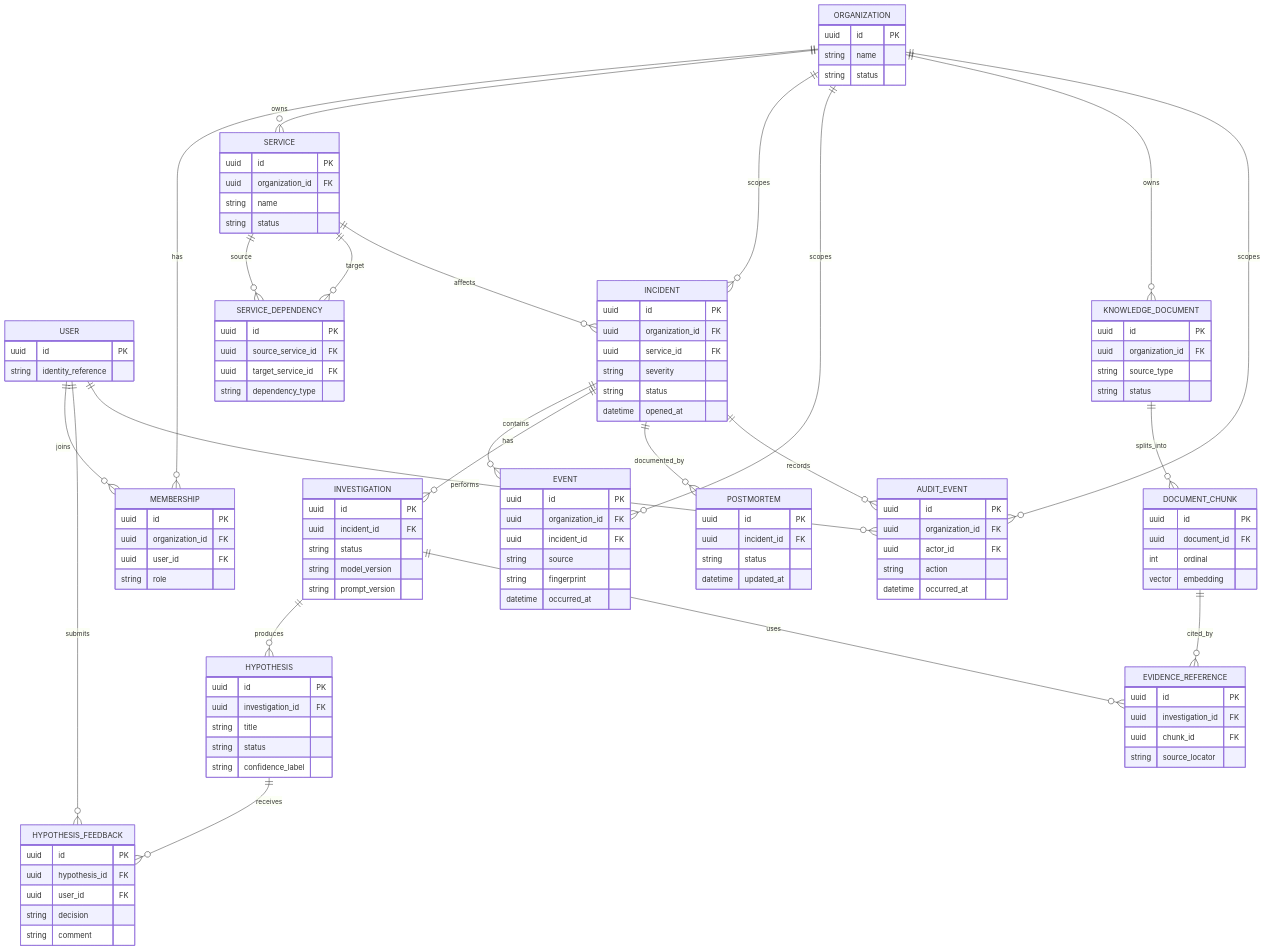
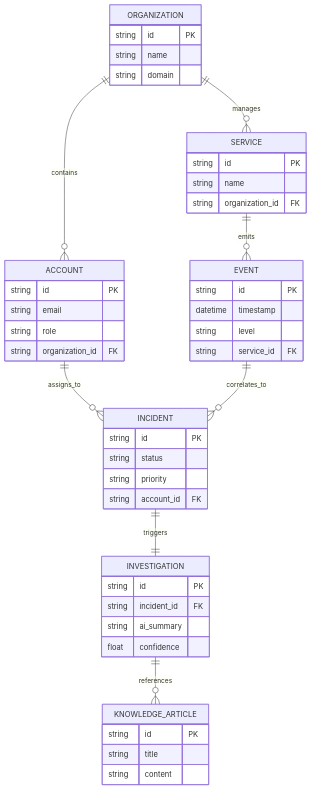
Before and after one commit to mburu1/OpsPilot-AI: the diagram in docs/database/erd.md, drawn with Mermaid. The commit also changed other lines of this file and 8 other files, not shown here.

Commit message:
docs: generate comprehensive mermaid diagrams for architecture, ooad, uml, database and ai

````diff
--- a/docs/database/erd.md
+++ b/docs/database/erd.md
@@ -7,120 +5,50 @@
 ```mermaid
 erDiagram
-    ORGANIZATION ||--o{ MEMBERSHIP : has
-    USER ||--o{ MEMBERSHIP : joins
-    ORGANIZATION ||--o{ SERVICE : owns
-    SERVICE ||--o{ SERVICE_DEPENDENCY : source
-    SERVICE ||--o{ SERVICE_DEPENDENCY : target
-    ORGANIZATION ||--o{ INCIDENT : scopes
-    SERVICE ||--o{ INCIDENT : affects
-    INCIDENT ||--o{ EVENT : contains
-    ORGANIZATION ||--o{ EVENT : scopes
-    INCIDENT ||--o{ INVESTIGATION : has
-    INVESTIGATION ||--o{ HYPOTHESIS : produces
-    HYPOTHESIS ||--o{ HYPOTHESIS_FEEDBACK : receives
-    USER ||--o{ HYPOTHESIS_FEEDBACK : submits
-    ORGANIZATION ||--o{ KNOWLEDGE_DOCUMENT : owns
-    KNOWLEDGE_DOCUMENT ||--o{ DOCUMENT_CHUNK : splits_into
-    DOCUMENT_CHUNK ||--o{ EVIDENCE_REFERENCE : cited_by
-    INVESTIGATION ||--o{ EVIDENCE_REFERENCE : uses
-    INCIDENT ||--o{ POSTMORTEM : documented_by
-    INCIDENT ||--o{ AUDIT_EVENT : records
-    ORGANIZATION ||--o{ AUDIT_EVENT : scopes
-    USER ||--o{ AUDIT_EVENT : performs
-
+    ORGANIZATION ||--o{ ACCOUNT : contains
+    ORGANIZATION ||--o{ SERVICE : manages
+    ACCOUNT ||--o{ INCIDENT : assigns_to
+    SERVICE ||--o{ EVENT : emits
+    EVENT ||--o{ INCIDENT : correlates_to
+    INCIDENT ||--|| INVESTIGATION : triggers
+    INVESTIGATION ||--o{ KNOWLEDGE_ARTICLE : references
+    
     ORGANIZATION {
-        uuid id PK
+        string id PK
         string name
-        string status
+        string domain
     }
-    USER {
-        uuid id PK
-        string identity_reference
-    }
-    MEMBERSHIP {
-        uuid id PK
-        uuid organization_id FK
-        uuid user_id FK
+    ACCOUNT {
+        string id PK
+        string email
         string role
+        string organization_id FK
     }
     SERVICE {
-        uuid id PK
-        uuid organization_id FK
+        string id PK
         string name
-        string status
+        string organization_id FK
     }
-    SERVICE_DEPENDENCY {
-        uuid id PK
-        uuid source_service_id FK
-        uuid target_service_id FK
-        string dependency_type
+    EVENT {
+        string id PK
+        datetime timestamp
+        string level
+        string service_id FK
     }
     INCIDENT {
-        uuid id PK
-        uuid organization_id FK
-        uuid service_id FK
-        string severity
+        string id PK
         string status
-        datetime opened_at
-    }
-    EVENT {
-        uuid id PK
-        uuid organization_id FK
-        uuid incident_id FK
-        string source
-        string fingerprint
-        datetime occurred_at
+        string priority
+        string account_id FK
     }
     INVESTIGATION {
-        uuid id PK
-        uuid incident_id FK
-        string status
-        string model_version
-        string prompt_version
+        string id PK
+        string incident_id FK
+        string ai_summary
+        float confidence
     }
-    HYPOTHESIS {
-        uuid id PK
-        uuid investigation_id FK
+    KNOWLEDGE_ARTICLE {
+        string id PK
         string title
-        string status
-        string confidence_label
-    }
-    HYPOTHESIS_FEEDBACK {
-        uuid id PK
-        uuid hypothesis_id FK
-        uuid user_id FK
-        string decision
-        string comment
-    }
-    KNOWLEDGE_DOCUMENT {
-        uuid id PK
-        uuid organization_id FK
-        string source_type
-        string status
-    }
-    DOCUMENT_CHUNK {
-        uuid id PK
-        uuid document_id FK
-        int ordinal
-        vector embedding
-    }
-    EVIDENCE_REFERENCE {
-        uuid id PK
-        uuid investigation_id FK
-        uuid chunk_id FK
-        string source_locator
-    }
-    POSTMORTEM {
-        uuid id PK
-        uuid incident_id FK
-        string status
-        datetime updated_at
-    }
-    AUDIT_EVENT {
-        uuid id PK
-        uuid organization_id FK
-        uuid actor_id FK
-        string action
-        datetime occurred_at
+        string content
     }
 ```
````
